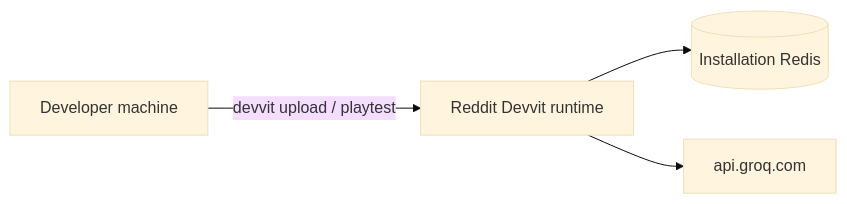
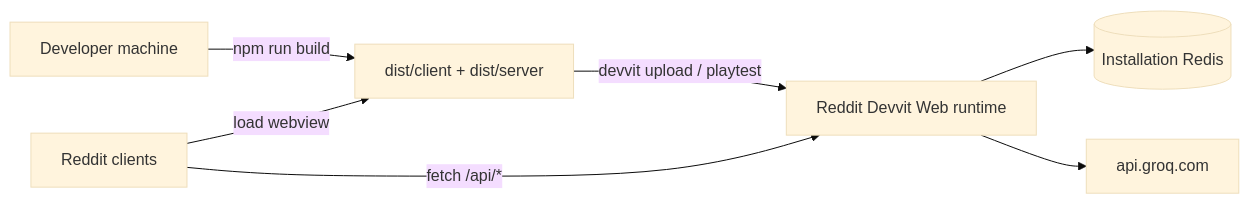
The sixth of 6 diagrams in docs/ARCHITECTURE.md (nag-gude/triageguard), drawn with Mermaid (base theme) before and after one commit. The commit also changed other lines of this file and 33 other files, not shown here.

````diff
--- a/docs/ARCHITECTURE.md
+++ b/docs/ARCHITECTURE.md
@@ -183,6 +301,9 @@
 ```mermaid
 flowchart LR
-  DEV[Developer machine] -->|devvit upload / playtest| REDDIT_HOST[Reddit Devvit runtime]
-  REDDIT_HOST --> REDIS_INST[(Installation Redis)]
-  REDDIT_HOST --> GROQ[api.groq.com]
+  DEV[Developer machine] -->|npm run build| DIST[dist/client + dist/server]
+  DIST -->|devvit upload / playtest| RUNTIME[Reddit Devvit Web runtime]
+  RUNTIME --> REDIS_INST[(Installation Redis)]
+  RUNTIME --> GROQ[api.groq.com]
+  BROWSER[Reddit clients] -->|load webview| DIST
+  BROWSER -->|fetch /api/*| RUNTIME
 ```
````
